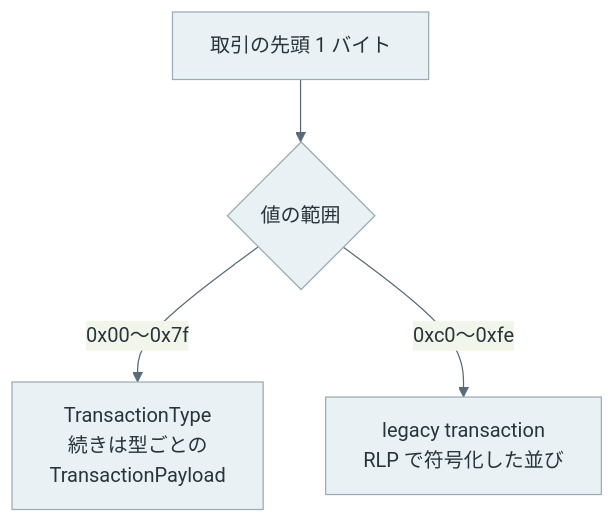
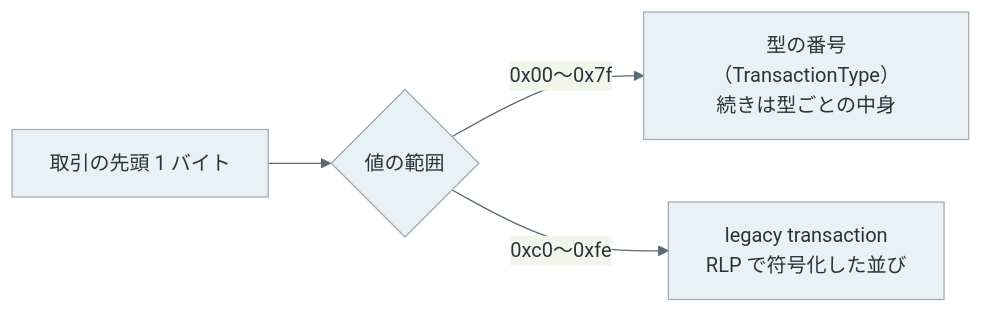
Before and after one commit to nao1215/debimate: the second of 6 diagrams in content/notes/blockchain-systems/ethereum-transaction/index.md, drawn with Mermaid. The commit also changed other lines of this file and 425 other files, not shown here.

````diff
--- a/content/notes/blockchain-systems/ethereum-transaction/index.md
+++ b/content/notes/blockchain-systems/ethereum-transaction/index.md
@@ -92,8 +92,8 @@
 ```mermaid
 %%{init: {"theme":"base","themeVariables":{"primaryColor":"#eaf1f5","primaryTextColor":"#28343b","primaryBorderColor":"#9cabb5","lineColor":"#596b76","textColor":"#28343b","actorBkg":"#eaf1f5","actorBorder":"#9cabb5","actorTextColor":"#28343b","actorLineColor":"#9cabb5","signalColor":"#596b76","signalTextColor":"#28343b","noteBkgColor":"#f7f1e5","noteBorderColor":"#c5b99b","noteTextColor":"#403c32","activationBkgColor":"#edf3ef","activationBorderColor":"#9aafa1"}}}%%
-flowchart TD
+flowchart LR
     B["取引の先頭 1 バイト"] --> Q{"値の範囲"}
-    Q -->|"0x00〜0x7f"| N["TransactionType<br/>続きは型ごとの<br/>TransactionPayload"]
+    Q -->|"0x00〜0x7f"| N["型の番号（TransactionType）<br/>続きは型ごとの中身"]
     Q -->|"0xc0〜0xfe"| L["legacy transaction<br/>RLP で符号化した並び"]
     classDef default fill:#eaf1f5,stroke:#9cabb5,color:#28343b;
 ```
````
